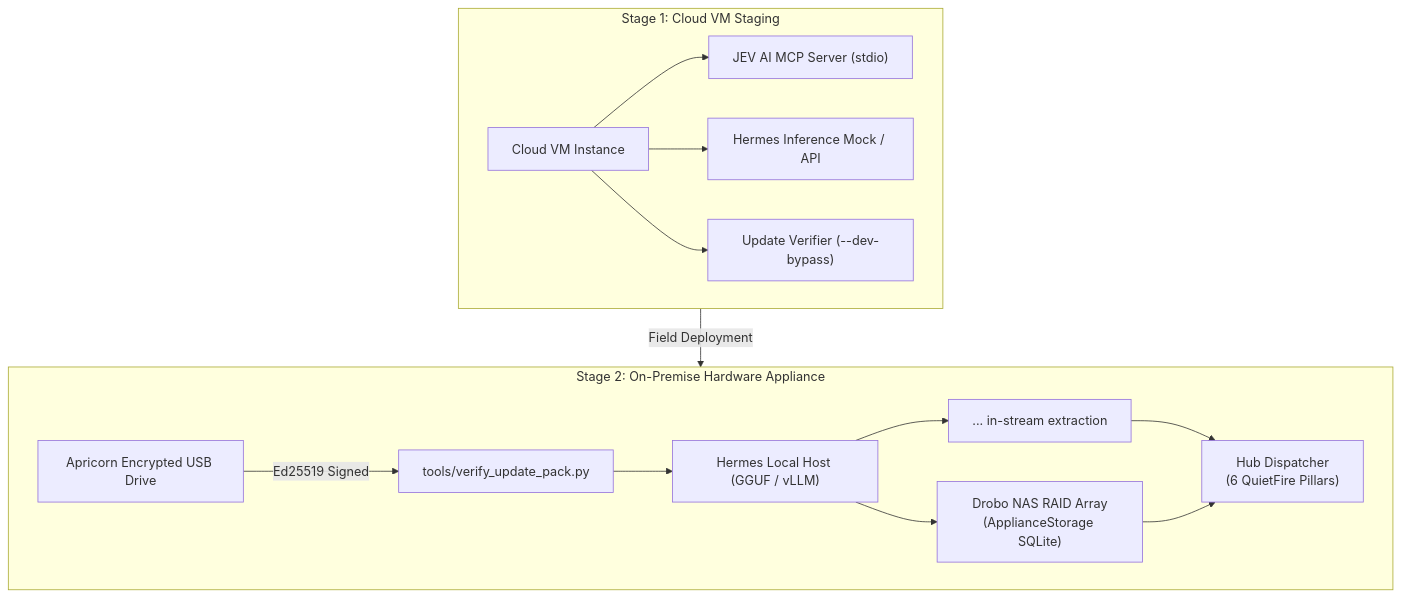
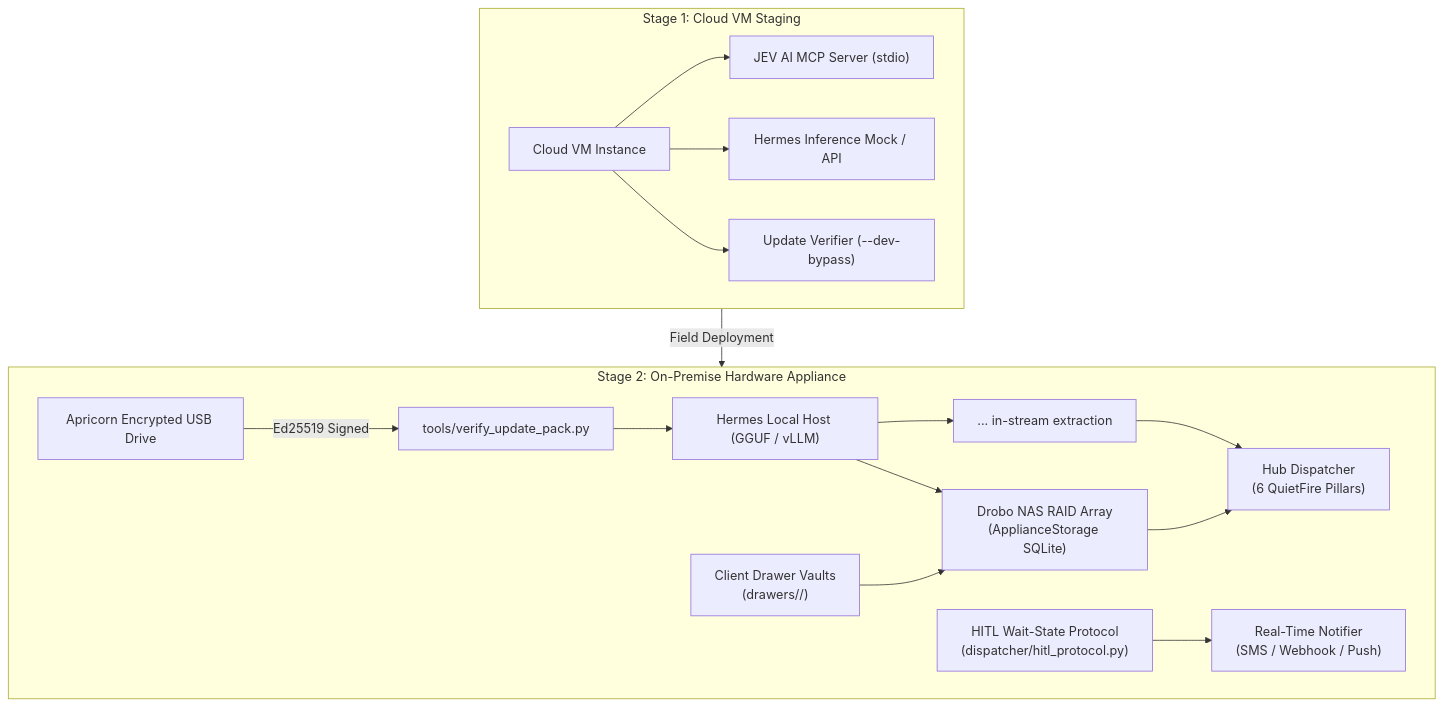
Before and after one commit to QuietFireAI/listing-assistants: the first of 2 diagrams in docs/OPERATOR_TUNING_GUIDE.md, drawn with Mermaid. The commit also changed other lines of this file and 1 other file, not shown here.

````diff
--- a/docs/OPERATOR_TUNING_GUIDE.md
+++ b/docs/OPERATOR_TUNING_GUIDE.md
@@ -15,19 +15,21 @@
 ```mermaid
 flowchart TD
     subgraph Staging["Stage 1: Cloud VM Staging"]
         VM["Cloud VM Instance"] --> MCP_JEV["JEV AI MCP Server (stdio)"]
         VM --> MockInference["Hermes Inference Mock / API"]
         VM --> DevBypass["Update Verifier (--dev-bypass)"]
     end
 
     subgraph Production["Stage 2: On-Premise Hardware Appliance"]
         HermesHost["Hermes Local Host (GGUF / vLLM)"] --> ThoughtTokens["<think>...</think> in-stream extraction"]
         HermesHost --> Drobo["Drobo NAS RAID Array\n(ApplianceStorage SQLite)"]
         ThoughtTokens --> Hub["Hub Dispatcher\n(6 QuietFire Pillars)"]
         Drobo --> Hub
         Apricorn["Apricorn Encrypted USB Drive"] -->|Ed25519 Signed| Verifier["tools/verify_update_pack.py"]
         Verifier --> HermesHost
+        Drawers["Client Drawer Vaults\n(drawers/<client_id>/)"] --> Drobo
+        HITL["HITL Wait-State Protocol\n(dispatcher/hitl_protocol.py)"] --> RealTimeAlerts["Real-Time Notifier\n(SMS / Webhook / Push)"]
     end
 
     Staging -->|Field Deployment| Production
 ```
````
